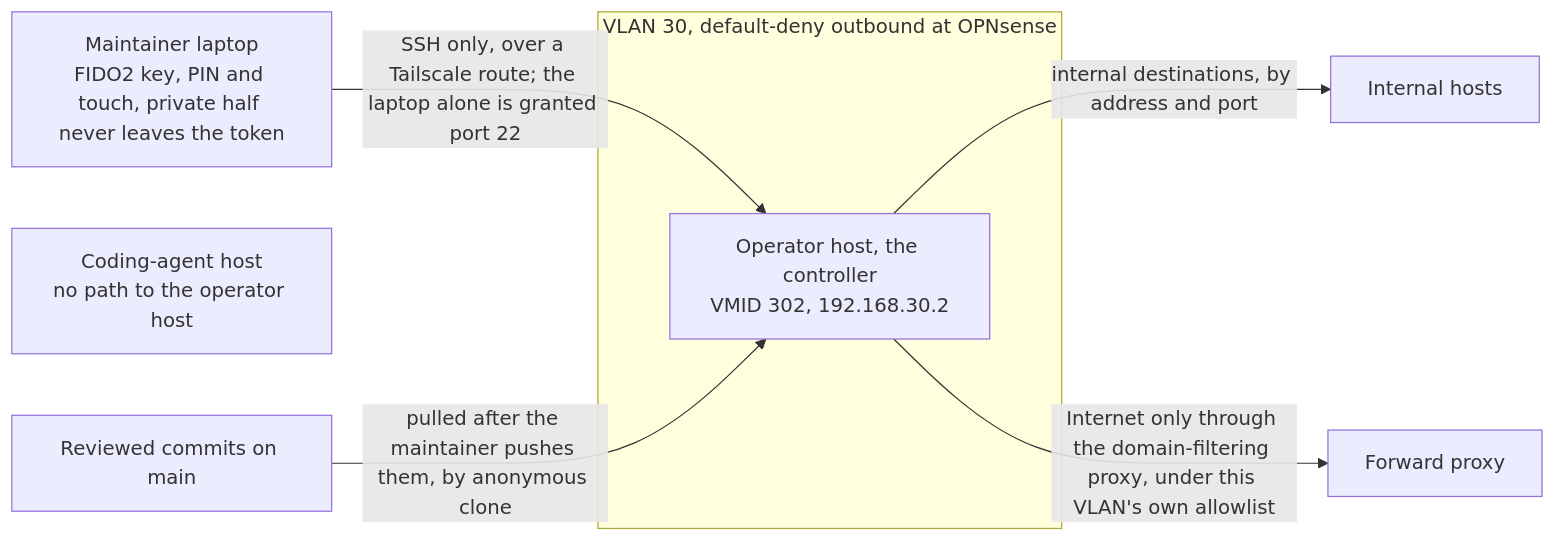
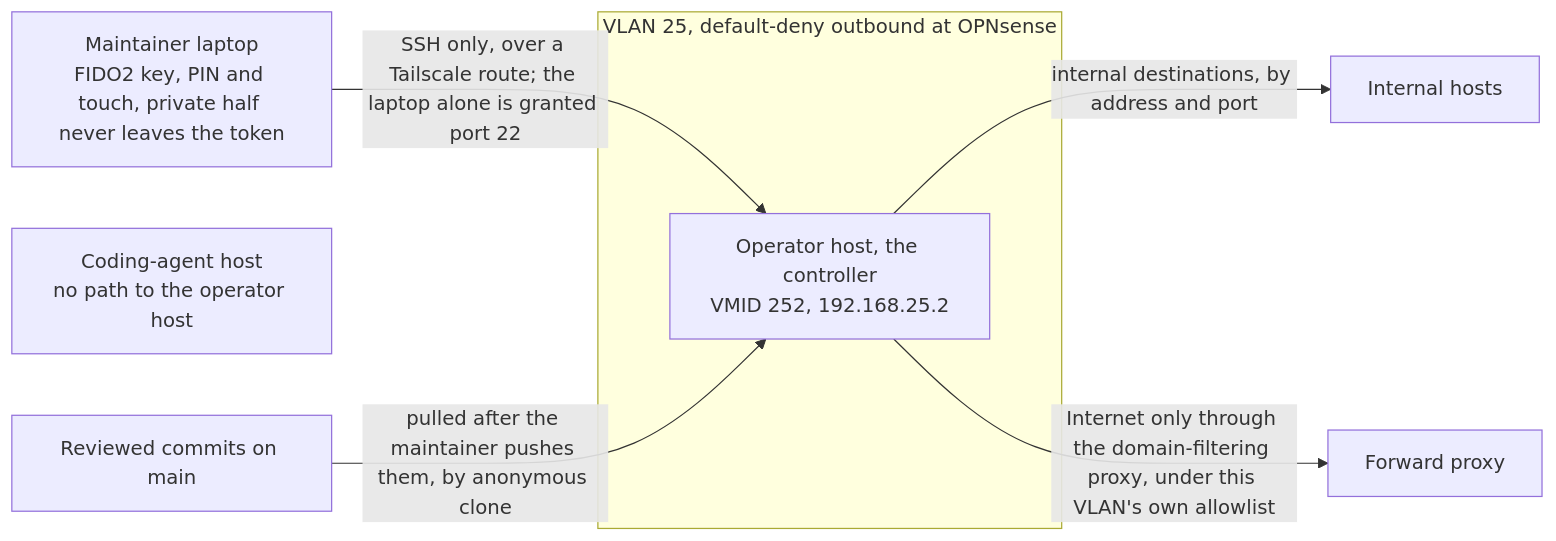
One commit to wenenhoe/homelab changed the diagram in docs/decisions/0058-where-operator-work-runs/revision-000.md. Above: the diagram before and after it, drawn with Mermaid. The commit also changed other lines of this file and 7 other files, not shown here.

````diff
--- a/docs/decisions/0058-where-operator-work-runs/revision-000.md
+++ b/docs/decisions/0058-where-operator-work-runs/revision-000.md
@@ -43,11 +43,11 @@
 ```mermaid
 flowchart LR
     LAP["Maintainer laptop<br/>FIDO2 key, PIN and touch, private half never leaves the token"] -->|"SSH only, over a Tailscale route; the laptop alone is granted port 22"| OP
     CA["Coding-agent host<br/>no path to the operator host"]
-    subgraph V30["VLAN 30, default-deny outbound at OPNsense"]
-        OP["Operator host, the controller<br/>VMID 302, 192.168.30.2"]
+    subgraph V25["VLAN 25, default-deny outbound at OPNsense"]
+        OP["Operator host, the controller<br/>VMID 252, 192.168.25.2"]
     end
     OP -->|"internal destinations, by address and port"| INT["Internal hosts"]
     OP -->|"Internet only through the domain-filtering proxy, under this VLAN's own allowlist"| PX["Forward proxy"]
     GH["Reviewed commits on main"] -->|"pulled after the maintainer pushes them, by anonymous clone"| OP
 ```
````
